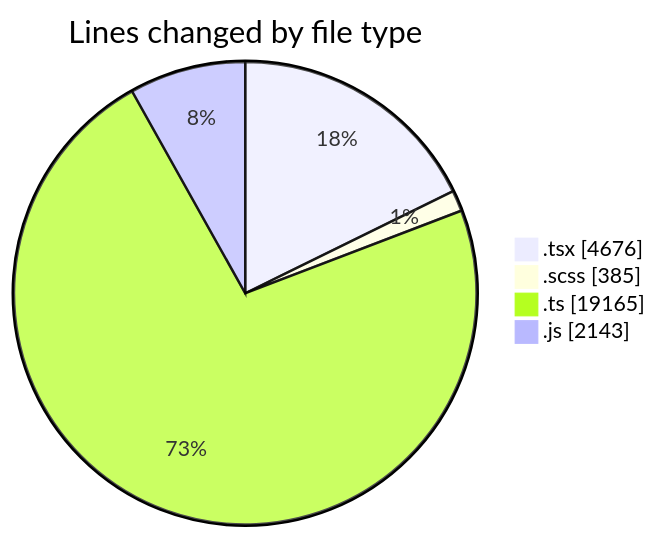
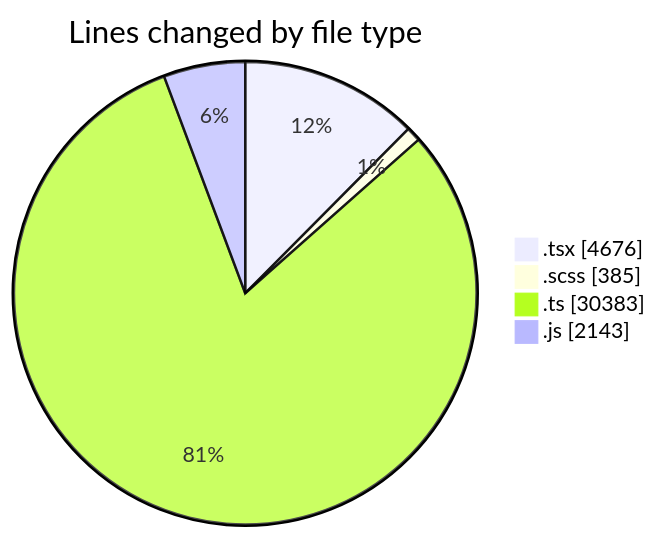
Before and after one commit to momahboobian/code-tracking: the first of 2 diagrams in 2025-06-17/cda/README.md, drawn with Mermaid. The commit also changed other lines of this file and 1 other file, not shown here.

````diff
--- a/2025-06-17/cda/README.md
+++ b/2025-06-17/cda/README.md
@@ -47,8 +48,8 @@
 ```mermaid
 pie showData
 title Lines changed by file type
 ".tsx" : 4676
 ".scss" : 385
-".ts" : 19165
+".ts" : 30383
 ".js" : 2143
 ```
````
